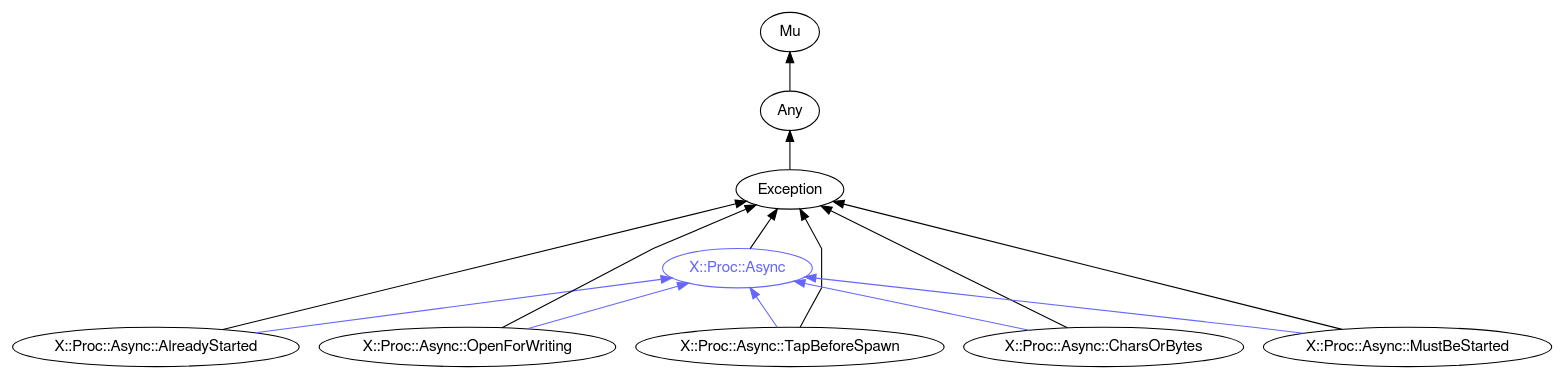
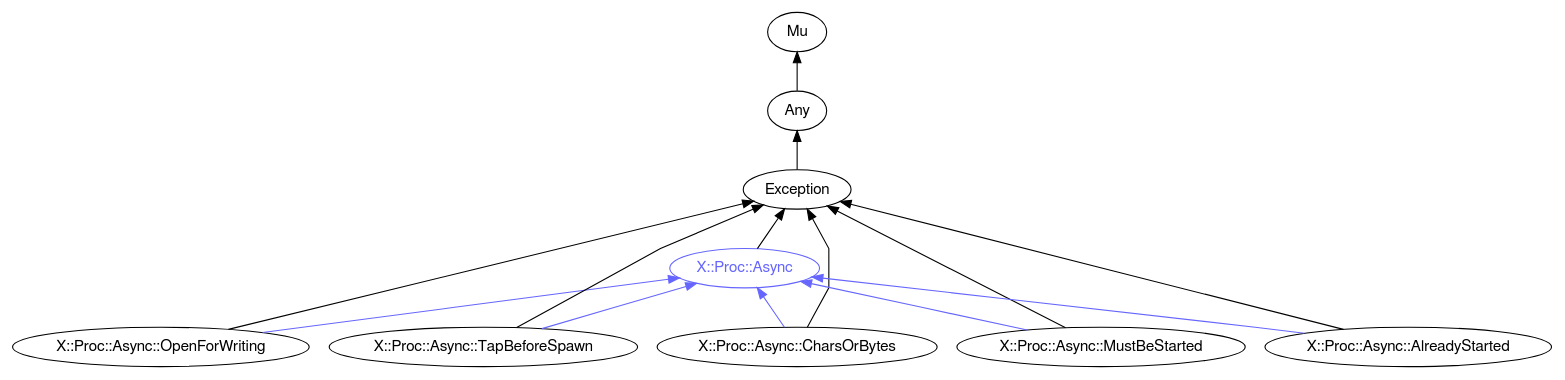
The diagram in images/type-graph-X::Proc::Async.svg.dot (perl6docs/perl6docs.github.io), drawn with Graphviz before and after one commit. The commit also changed other lines of this file and 4422 other files, not shown here.

```diff
--- a/images/type-graph-X::Proc::Async.svg.dot
+++ b/images/type-graph-X::Proc::Async.svg.dot
@@ -1,32 +1,32 @@
 digraph "perl6-type-graph" {
     rankdir=BT;
     splines=polyline;
     overlap=false; 
     // Types
     "X::Proc::Async" [color="#6666FF", fontcolor="#6666FF", href="/type/X::Proc::Async", fontname="FreeSans"];
     "Mu" [color="#000000", fontcolor="#000000", href="/type/Mu", fontname="FreeSans"];
     "Any" [color="#000000", fontcolor="#000000", href="/type/Any", fontname="FreeSans"];
     "Exception" [color="#000000", fontcolor="#000000", href="/type/Exception", fontname="FreeSans"];
-    "X::Proc::Async::AlreadyStarted" [color="#000000", fontcolor="#000000", href="/type/X::Proc::Async::AlreadyStarted", fontname="FreeSans"];
     "X::Proc::Async::OpenForWriting" [color="#000000", fontcolor="#000000", href="/type/X::Proc::Async::OpenForWriting", fontname="FreeSans"];
     "X::Proc::Async::TapBeforeSpawn" [color="#000000", fontcolor="#000000", href="/type/X::Proc::Async::TapBeforeSpawn", fontname="FreeSans"];
     "X::Proc::Async::CharsOrBytes" [color="#000000", fontcolor="#000000", href="/type/X::Proc::Async::CharsOrBytes", fontname="FreeSans"];
     "X::Proc::Async::MustBeStarted" [color="#000000", fontcolor="#000000", href="/type/X::Proc::Async::MustBeStarted", fontname="FreeSans"];
+    "X::Proc::Async::AlreadyStarted" [color="#000000", fontcolor="#000000", href="/type/X::Proc::Async::AlreadyStarted", fontname="FreeSans"];
 
     // Superclasses
     "X::Proc::Async" -> "Exception" [color="#000000"];
     "Any" -> "Mu" [color="#000000"];
     "Exception" -> "Any" [color="#000000"];
-    "X::Proc::Async::AlreadyStarted" -> "Exception" [color="#000000"];
     "X::Proc::Async::OpenForWriting" -> "Exception" [color="#000000"];
     "X::Proc::Async::TapBeforeSpawn" -> "Exception" [color="#000000"];
     "X::Proc::Async::CharsOrBytes" -> "Exception" [color="#000000"];
     "X::Proc::Async::MustBeStarted" -> "Exception" [color="#000000"];
+    "X::Proc::Async::AlreadyStarted" -> "Exception" [color="#000000"];
 
     // Roles
-    "X::Proc::Async::AlreadyStarted" -> "X::Proc::Async" [color="#6666FF"];
     "X::Proc::Async::OpenForWriting" -> "X::Proc::Async" [color="#6666FF"];
     "X::Proc::Async::TapBeforeSpawn" -> "X::Proc::Async" [color="#6666FF"];
     "X::Proc::Async::CharsOrBytes" -> "X::Proc::Async" [color="#6666FF"];
     "X::Proc::Async::MustBeStarted" -> "X::Proc::Async" [color="#6666FF"];
+    "X::Proc::Async::AlreadyStarted" -> "X::Proc::Async" [color="#6666FF"];
 }
```
